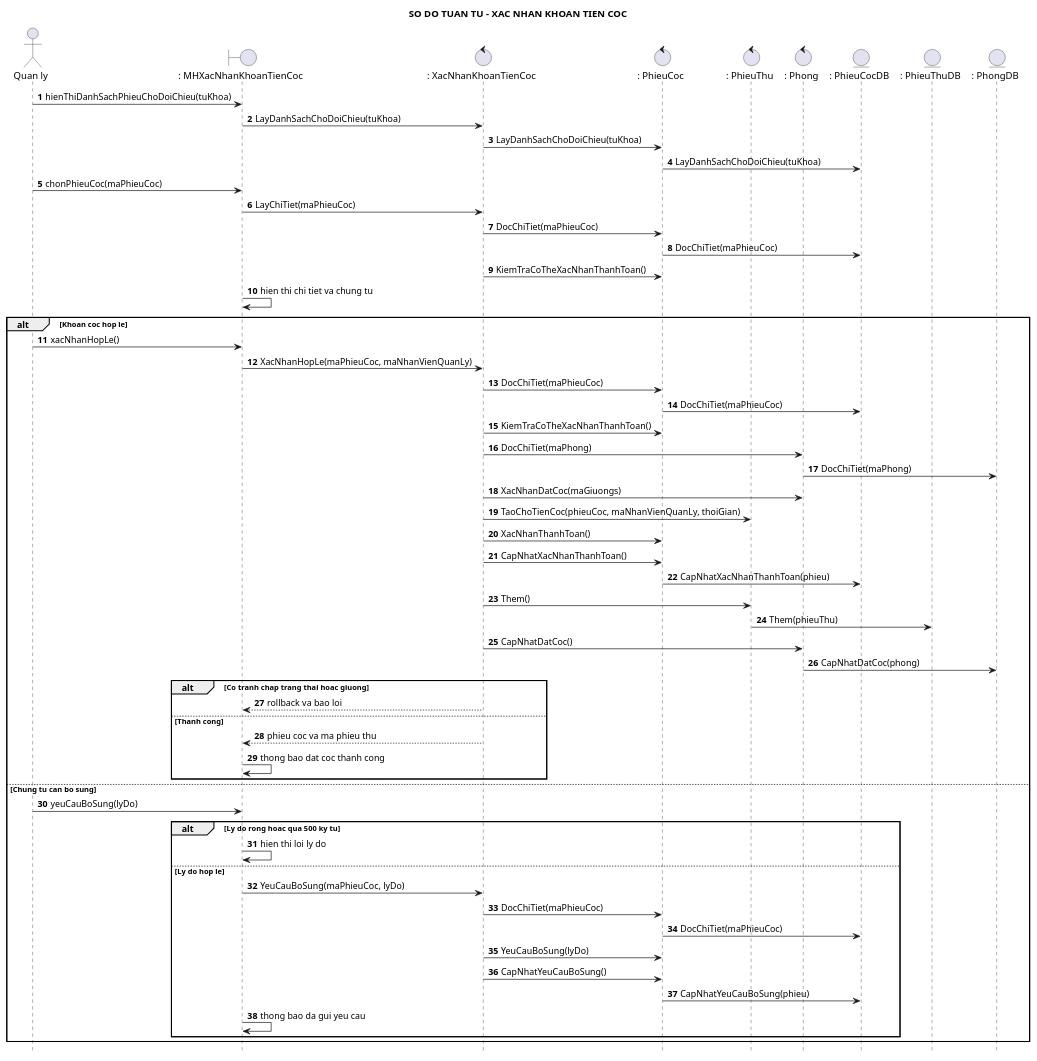
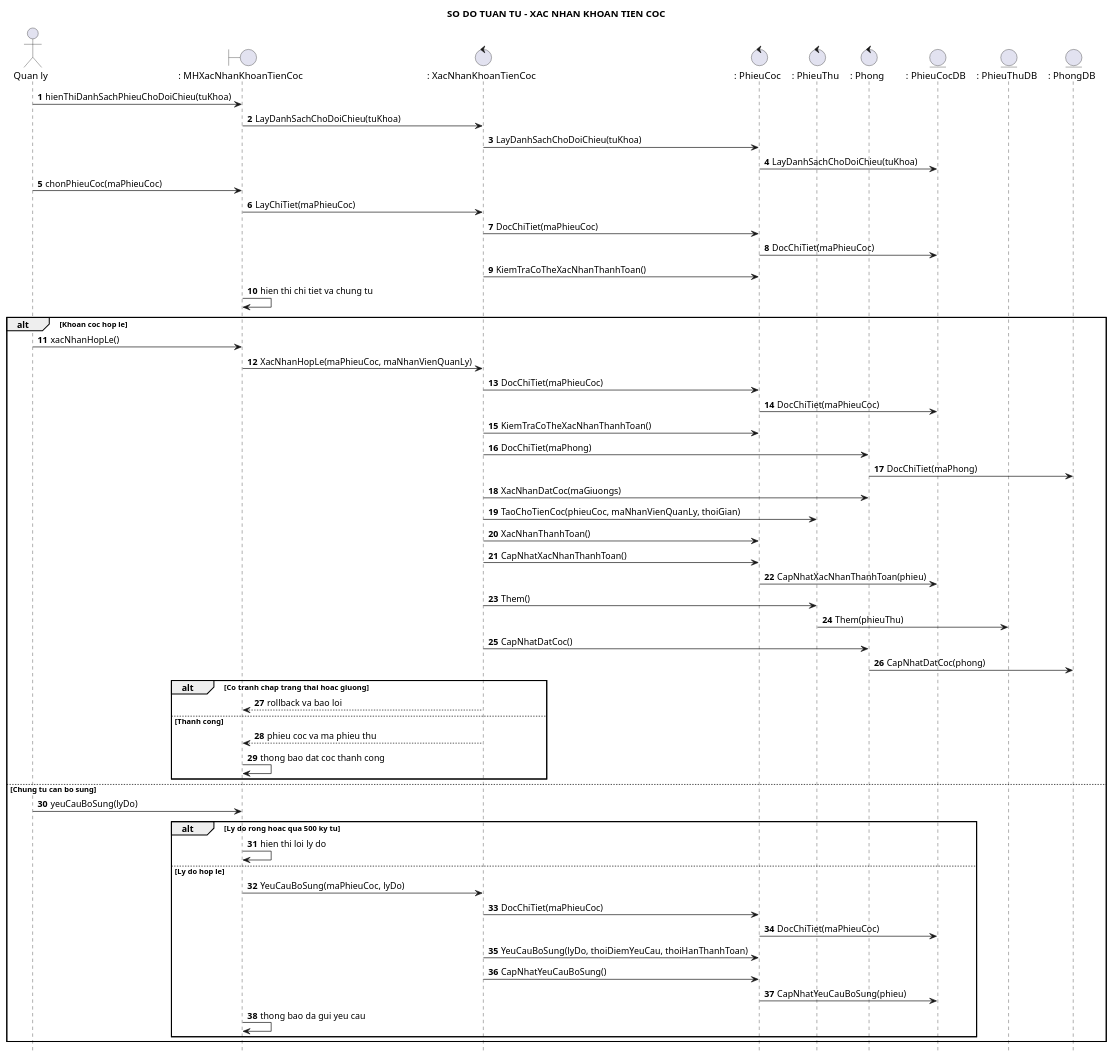
Before and after one commit to Ming1309/HomeStay-Dorm: the diagram in docs/uml/xac-nhan-khoan-tien-coc-sequence.puml, drawn with PlantUML. The commit also changed 33 other files, not shown here.

```diff
--- a/docs/uml/xac-nhan-khoan-tien-coc-sequence.puml
+++ b/docs/uml/xac-nhan-khoan-tien-coc-sequence.puml
@@ -1,68 +1,68 @@
 @startuml
 title SO DO TUAN TU - XAC NHAN KHOAN TIEN COC
 
 hide footbox
 autonumber 1 1
 skinparam shadowing false
 
 actor "Quan ly" as QL
 boundary ": MHXacNhanKhoanTienCoc" as MH
 control ": XacNhanKhoanTienCoc" as XN
 control ": PhieuCoc" as PC
 control ": PhieuThu" as PT
 control ": Phong" as P
 entity ": PhieuCocDB" as PCDB
 entity ": PhieuThuDB" as PTDB
 entity ": PhongDB" as PDB
 
 QL -> MH : hienThiDanhSachPhieuChoDoiChieu(tuKhoa)
 MH -> XN : LayDanhSachChoDoiChieu(tuKhoa)
 XN -> PC : LayDanhSachChoDoiChieu(tuKhoa)
 PC -> PCDB : LayDanhSachChoDoiChieu(tuKhoa)
 
 QL -> MH : chonPhieuCoc(maPhieuCoc)
 MH -> XN : LayChiTiet(maPhieuCoc)
 XN -> PC : DocChiTiet(maPhieuCoc)
 PC -> PCDB : DocChiTiet(maPhieuCoc)
 XN -> PC : KiemTraCoTheXacNhanThanhToan()
 MH -> MH : hien thi chi tiet va chung tu
 
 alt Khoan coc hop le
   QL -> MH : xacNhanHopLe()
   MH -> XN : XacNhanHopLe(maPhieuCoc, maNhanVienQuanLy)
   XN -> PC : DocChiTiet(maPhieuCoc)
   PC -> PCDB : DocChiTiet(maPhieuCoc)
   XN -> PC : KiemTraCoTheXacNhanThanhToan()
   XN -> P : DocChiTiet(maPhong)
   P -> PDB : DocChiTiet(maPhong)
   XN -> P : XacNhanDatCoc(maGiuongs)
   XN -> PT : TaoChoTienCoc(phieuCoc, maNhanVienQuanLy, thoiGian)
   XN -> PC : XacNhanThanhToan()
   XN -> PC : CapNhatXacNhanThanhToan()
   PC -> PCDB : CapNhatXacNhanThanhToan(phieu)
   XN -> PT : Them()
   PT -> PTDB : Them(phieuThu)
   XN -> P : CapNhatDatCoc()
   P -> PDB : CapNhatDatCoc(phong)
   alt Co tranh chap trang thai hoac giuong
     XN --> MH : rollback va bao loi
   else Thanh cong
     XN --> MH : phieu coc va ma phieu thu
     MH -> MH : thong bao dat coc thanh cong
   end
 else Chung tu can bo sung
   QL -> MH : yeuCauBoSung(lyDo)
   alt Ly do rong hoac qua 500 ky tu
     MH -> MH : hien thi loi ly do
   else Ly do hop le
     MH -> XN : YeuCauBoSung(maPhieuCoc, lyDo)
     XN -> PC : DocChiTiet(maPhieuCoc)
     PC -> PCDB : DocChiTiet(maPhieuCoc)
-    XN -> PC : YeuCauBoSung(lyDo)
+    XN -> PC : YeuCauBoSung(lyDo, thoiDiemYeuCau, thoiHanThanhToan)
     XN -> PC : CapNhatYeuCauBoSung()
     PC -> PCDB : CapNhatYeuCauBoSung(phieu)
     MH -> MH : thong bao da gui yeu cau
   end
 end
 
 @enduml
```
